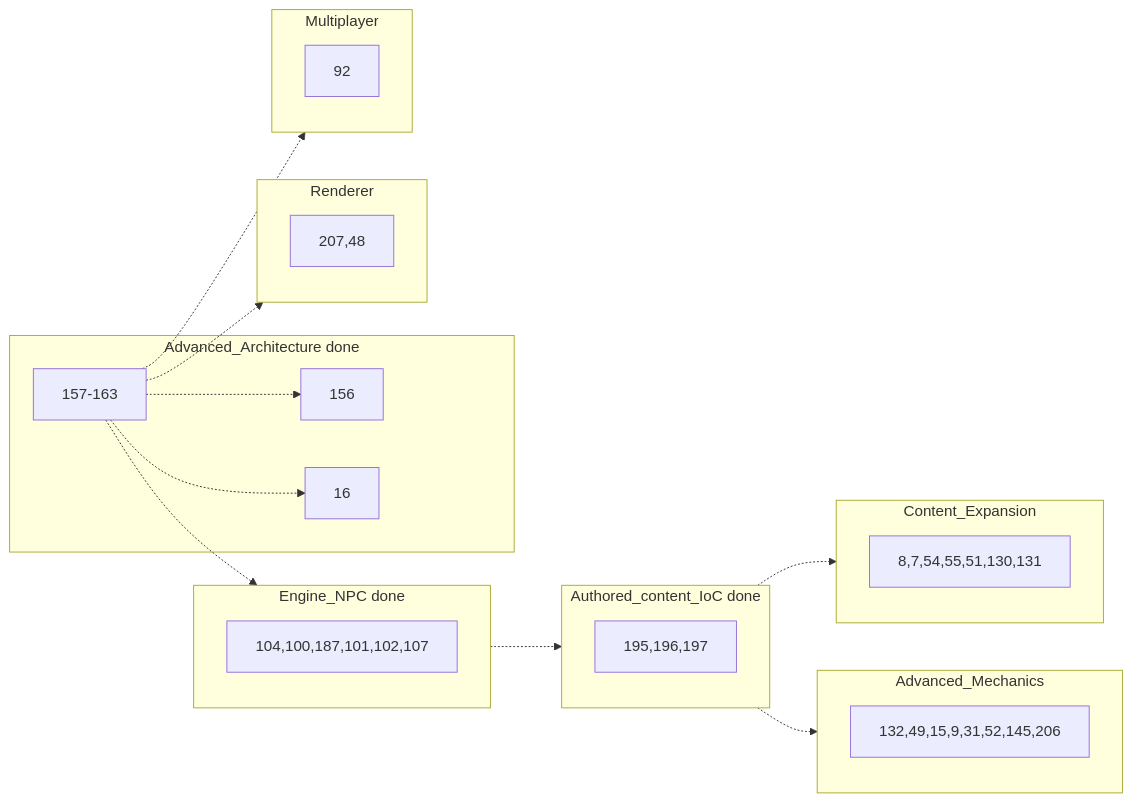
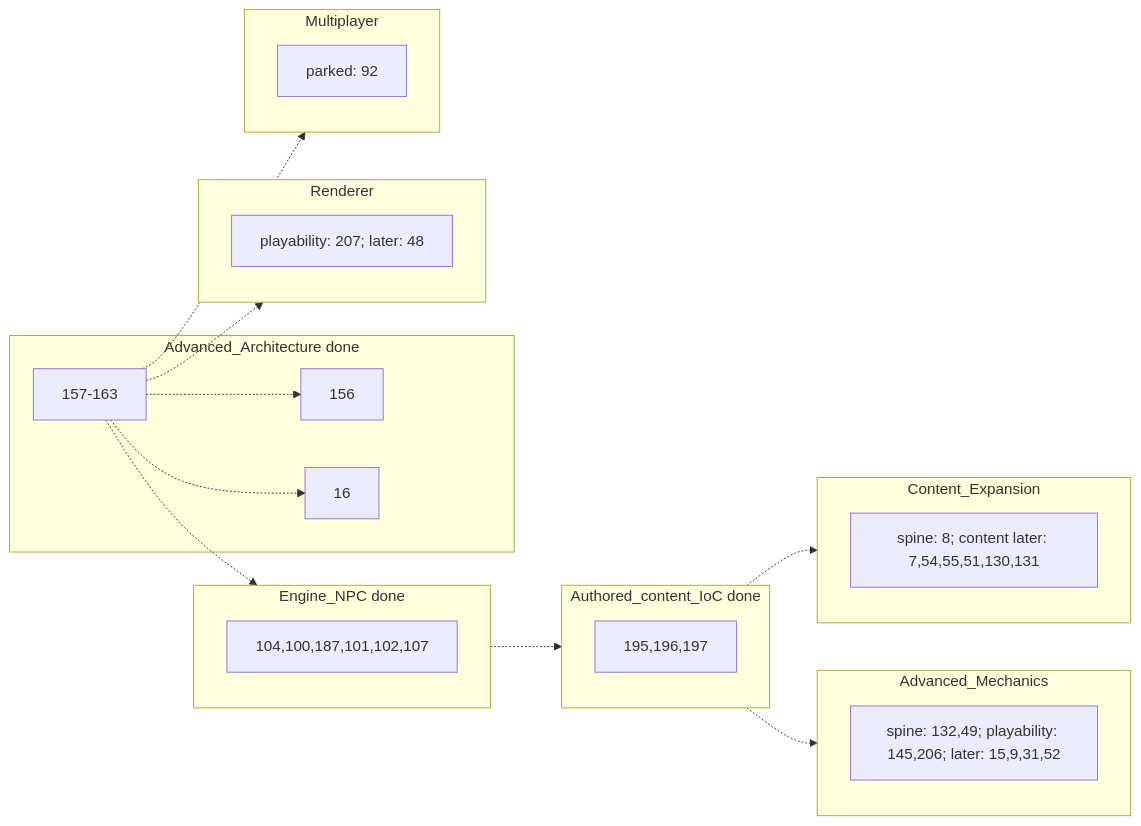
Before and after one commit to ianmays/dosmud: the diagram in DEV_PLAN.md, drawn with Mermaid. The commit also changed other lines of this file, not shown here.

First line of the commit message:
polish DEV_PLAN execution index and parked-item clarity

````diff
--- a/DEV_PLAN.md
+++ b/DEV_PLAN.md
@@ -48,34 +48,34 @@
 ```mermaid
 flowchart LR
   subgraph m5_done [Advanced_Architecture done]
     M5chain["157-163"]
     M5adj["156"]
     M5late["16"]
   end
   subgraph m9_done [Engine_NPC done]
     M9a["104,100,187,101,102,107"]
   end
   subgraph m10_done [Authored_content_IoC done]
     M10["195,196,197"]
   end
   subgraph m8 [Advanced_Mechanics]
-    M8["132,49,15,9,31,52,145,206"]
+    M8["spine: 132,49; playability: 145,206; later: 15,9,31,52"]
   end
   subgraph m6 [Content_Expansion]
-    M6["8,7,54,55,51,130,131"]
+    M6["spine: 8; content later: 7,54,55,51,130,131"]
   end
   subgraph m7 [Renderer]
-    M7["207,48"]
+    M7["playability: 207; later: 48"]
   end
   subgraph m11 [Multiplayer]
-    M11["92"]
+    M11["parked: 92"]
   end
   M5chain -.-> M5adj
   M5chain -.-> M5late
   M5chain -.-> m9_done
   m9_done -.-> m10_done
   m10_done -.-> m6
   m10_done -.-> m8
   M5chain -.-> m7
   M5chain -.-> m11
 ```
````
